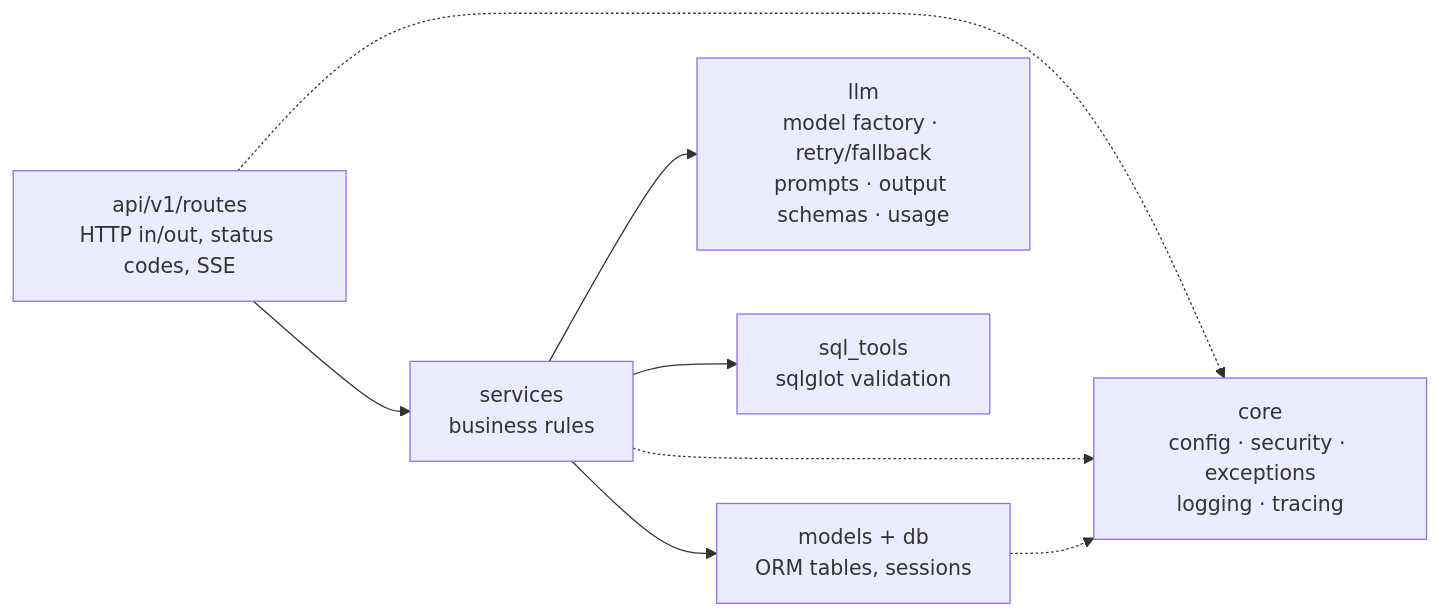
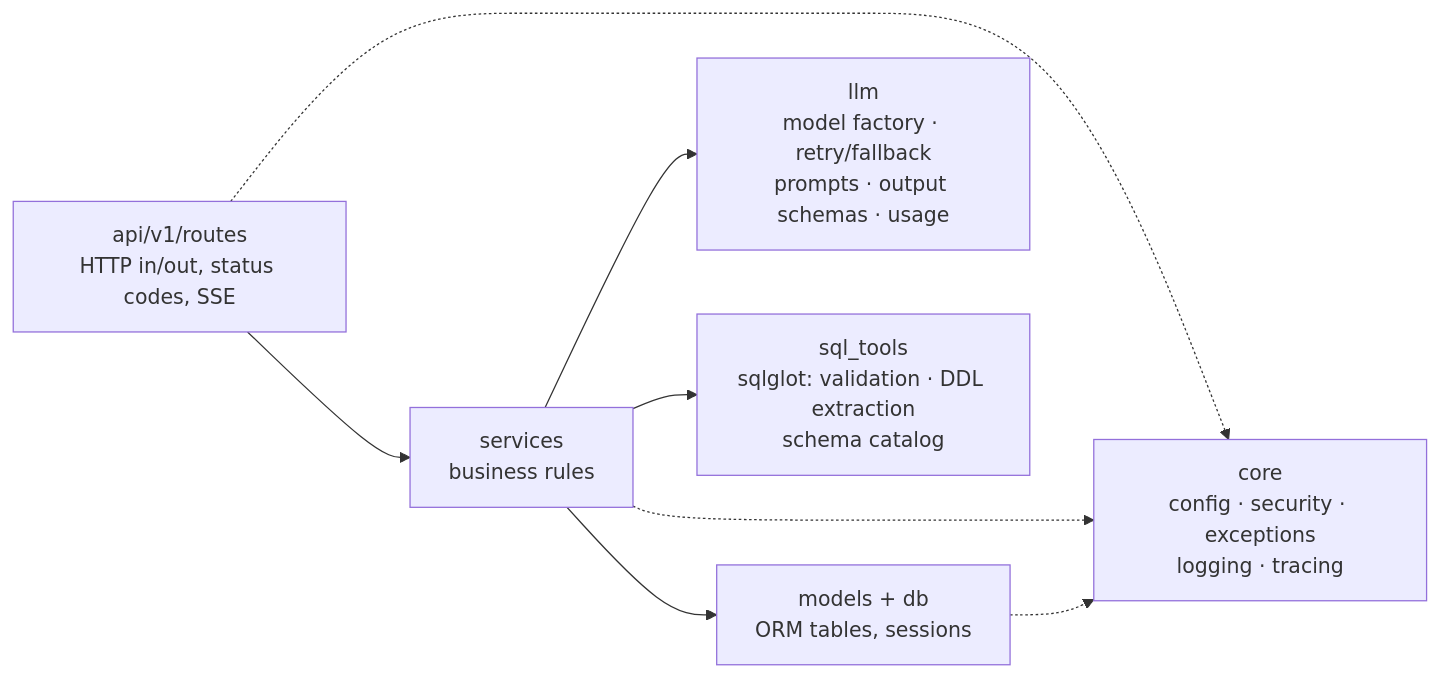
Before and after one commit to TanmayDeshpande29/AI-powered-SQL-Assistant: the second of 10 diagrams in README.md, drawn with Mermaid. The commit also changed other lines of this file and 48 other files, not shown here.

First line of the commit message:
Phase 2: schema ingestion (SQL text, .sql files, screenshots -> normalized schema)

````diff
--- a/README.md
+++ b/README.md
@@ -85,10 +88,10 @@
 ```mermaid
 flowchart LR
     R["api/v1/routes<br/>HTTP in/out, status codes, SSE"] --> S["services<br/>business rules"]
     S --> M["models + db<br/>ORM tables, sessions"]
     S --> L["llm<br/>model factory · retry/fallback<br/>prompts · output schemas · usage"]
-    S --> T["sql_tools<br/>sqlglot validation"]
+    S --> T["sql_tools<br/>sqlglot: validation · DDL extraction<br/>schema catalog"]
     R -.-> C["core<br/>config · security · exceptions<br/>logging · tracing"]
     S -.-> C
     M -.-> C
 ```
````
